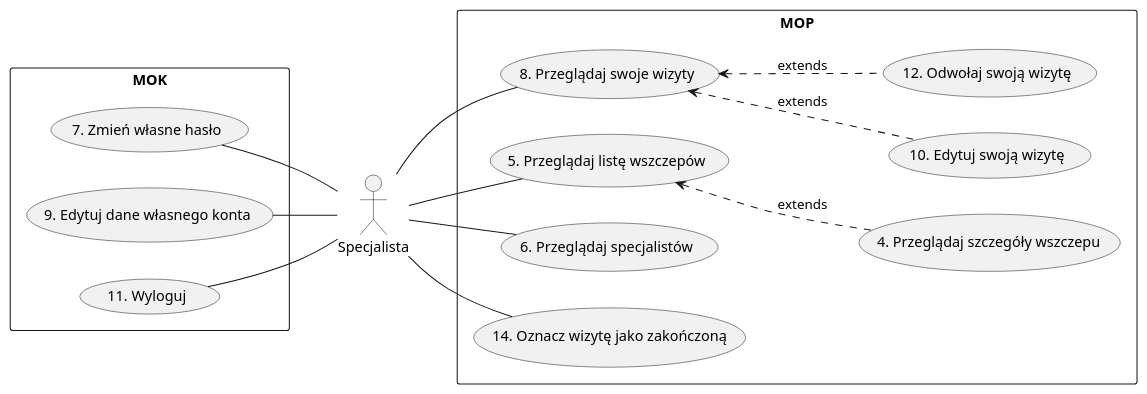
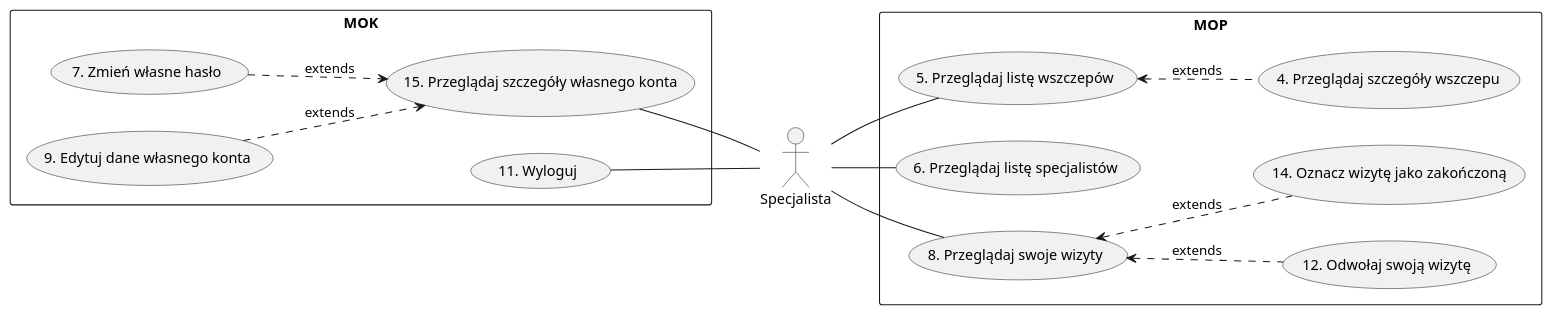
The diagram in src/rozdział 2/specialista_usecase.puml (TheVivent-Politechnika-Lodzka/ssbd03_kic_uml), drawn with PlantUML before and after one commit. The commit also changed 3 other files, not shown here.

```diff
--- a/src/rozdział 2/specialista_usecase.puml
+++ b/src/rozdział 2/specialista_usecase.puml
@@ -1,37 +1,42 @@
 @startuml
 left to right direction
 skinparam packageStyle rectangle
 actor Specjalista as g
 rectangle MOK {
 usecase "7. Zmień własne hasło" as mok7
 usecase "9. Edytuj dane własnego konta" as mok9
+usecase "15. Przeglądaj szczegóły własnego konta" as mok15
 usecase "11. Wyloguj" as mok11
 }
 
 rectangle MOP {
     usecase "4. Przeglądaj szczegóły wszczepu" as mop4
     usecase "5. Przeglądaj listę wszczepów" as mop5
-    usecase "6. Przeglądaj specjalistów"  as mop6
+    usecase "6. Przeglądaj listę specjalistów"  as mop6
     usecase "8. Przeglądaj swoje wizyty" as mop8
-    usecase "10. Edytuj swoją wizytę" as mop10
     usecase "12. Odwołaj swoją wizytę" as mop12
     usecase "14. Oznacz wizytę jako zakończoną" as mop14
 
 }
 
 
 
-mop8 -[hidden]> mop10
+
 
 g-- mop6
 g -- mop5
     mop5 <.. mop4 : extends
 g -- mop8
-    mop8 <.. mop10 : extends
+    mop8 <.. mop14 : extends
     mop8 <.. mop12 : extends
-g -- mop14
 
-mok7 -- g
-mok9 -- g
+
+mok15 -- g
+    mok9 ..> mok15 : extends
+    mok7 ..> mok15 : extends
 mok11 -- g
+
+' tylko do wygladu
+mok9 -[hidden]-mok11
+
 @enduml
```
